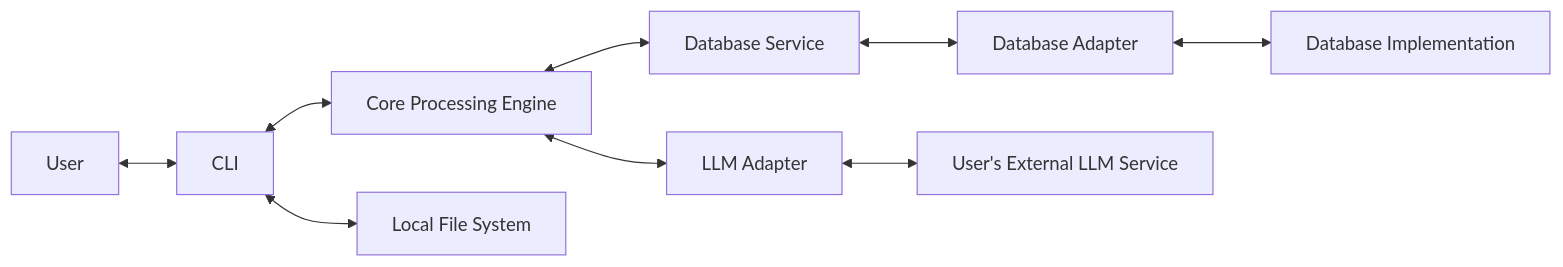
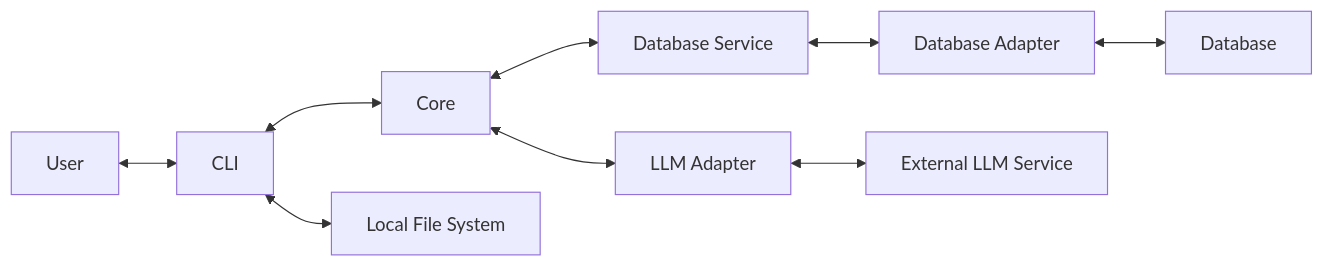
Before and after one commit to DelgadoArlee/cv-brewer: the diagram in docs/architecture.md, drawn with Mermaid. The commit also changed other lines of this file and 4 other files, not shown here.

Commit message:
docs: add architecture organization model

````diff
--- a/docs/architecture.md
+++ b/docs/architecture.md
@@ -35,27 +45,14 @@
 ```mermaid
+flowchart LR
+    User[User] <--> CLI[CLI]
+    CLI <--> Core[Core]
 
-flowchart LR
+    Core <--> DBService[Database Service]
+    DBService <--> DBAdapter[Database Adapter]
+    DBAdapter <--> DB[Database]
 
-User[User] <--> CLI["CLI"]
+    Core <--> LLMAdapter[LLM Adapter]
+    LLMAdapter <--> LLM[External LLM Service]
 
-CLI <--> Core["Core Processing Engine"]
-
-
-
-Core <--> DBService["Database Service"]
-
-DBService <--> DBAdapter["Database Adapter"]
-
-DBAdapter <--> DB["Database Implementation"]
-
-
-
-Core <--> LLMAdapter["LLM Adapter"]
-
-LLMAdapter <--> LLM["User's External LLM Service"]
-
-
-
-CLI <--> FileSystem["Local File System"]
-
+    CLI <--> FS[Local File System]
 ```
````
